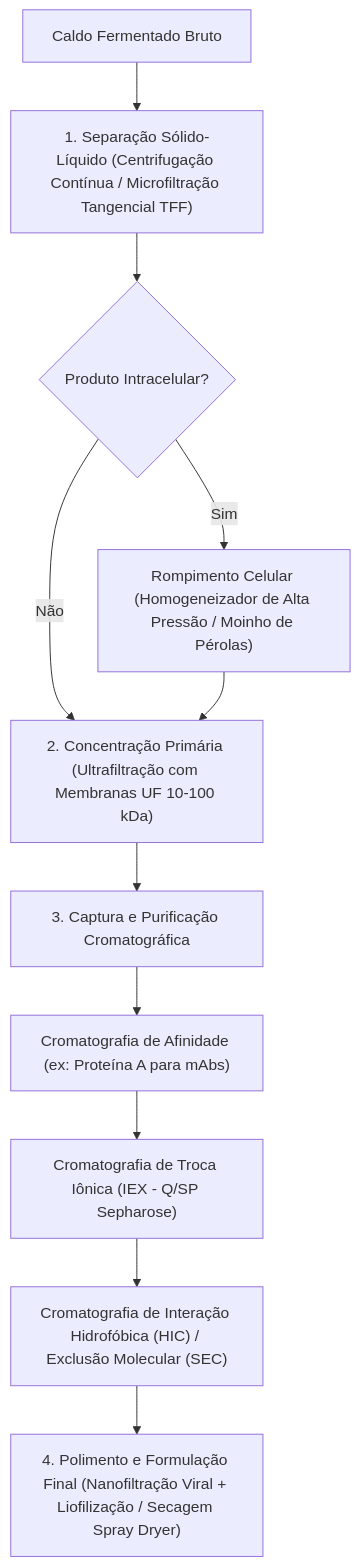
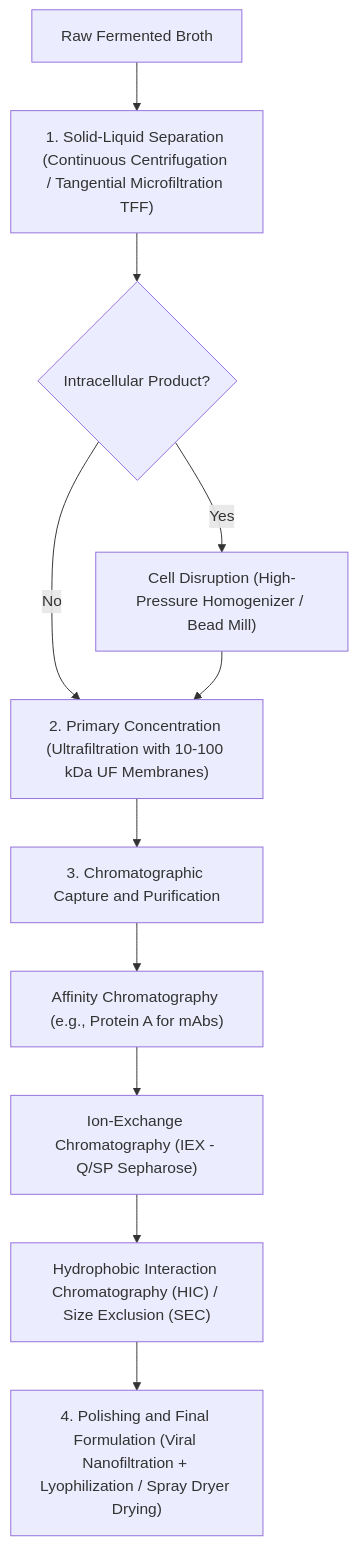
The diagram in knowledge/skills/domains/academic/academic-biotechnology-bioprocesses/SKILL.md (dandgabr/Coacus), drawn with Mermaid before and after one commit. The commit also changed other lines of this file and 143 other files, not shown here.

````diff
--- a/knowledge/skills/domains/academic/academic-biotechnology-bioprocesses/SKILL.md
+++ b/knowledge/skills/domains/academic/academic-biotechnology-bioprocesses/SKILL.md
@@ -78,13 +78,13 @@
 ```mermaid
 flowchart TD
-    A["Caldo Fermentado Bruto"] --> B["1. Separação Sólido-Líquido (Centrifugação Contínua / Microfiltração Tangencial TFF)"]
-    B --> C{"Produto Intracelular?"}
-    C -- Sim --> D["Rompimento Celular (Homogeneizador de Alta Pressão / Moinho de Pérolas)"]
-    C -- Não --> E["2. Concentração Primária (Ultrafiltração com Membranas UF 10-100 kDa)"]
+    A["Raw Fermented Broth"] --> B["1. Solid-Liquid Separation (Continuous Centrifugation / Tangential Microfiltration TFF)"]
+    B --> C{"Intracellular Product?"}
+    C -- Yes --> D["Cell Disruption (High-Pressure Homogenizer / Bead Mill)"]
+    C -- No --> E["2. Primary Concentration (Ultrafiltration with 10-100 kDa UF Membranes)"]
     D --> E
-    E --> F["3. Captura e Purificação Cromatográfica"]
-    F --> G["Cromatografia de Afinidade (ex: Proteína A para mAbs)"]
-    G --> H["Cromatografia de Troca Iônica (IEX - Q/SP Sepharose)"]
-    H --> I["Cromatografia de Interação Hidrofóbica (HIC) / Exclusão Molecular (SEC)"]
-    I --> J["4. Polimento e Formulação Final (Nanofiltração Viral + Liofilização / Secagem Spray Dryer)"]
+    E --> F["3. Chromatographic Capture and Purification"]
+    F --> G["Affinity Chromatography (e.g., Protein A for mAbs)"]
+    G --> H["Ion-Exchange Chromatography (IEX - Q/SP Sepharose)"]
+    H --> I["Hydrophobic Interaction Chromatography (HIC) / Size Exclusion (SEC)"]
+    I --> J["4. Polishing and Final Formulation (Viral Nanofiltration + Lyophilization / Spray Dryer Drying)"]
 ```
````
